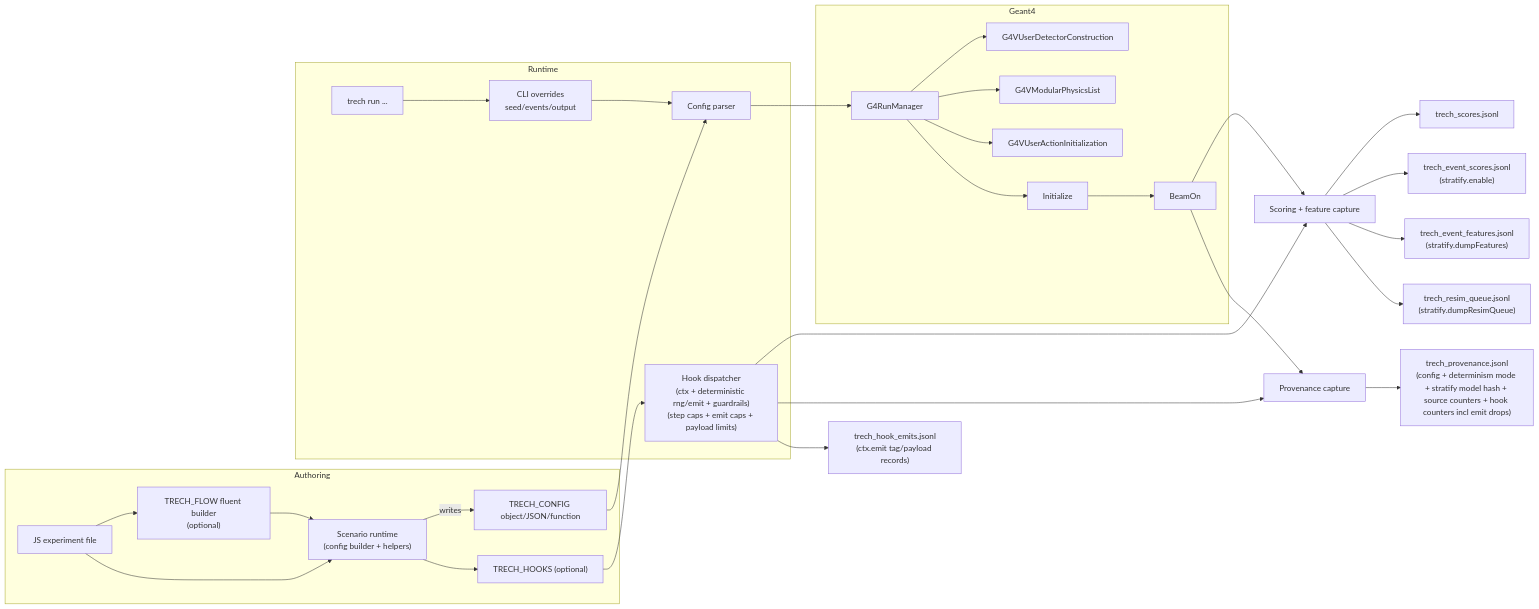
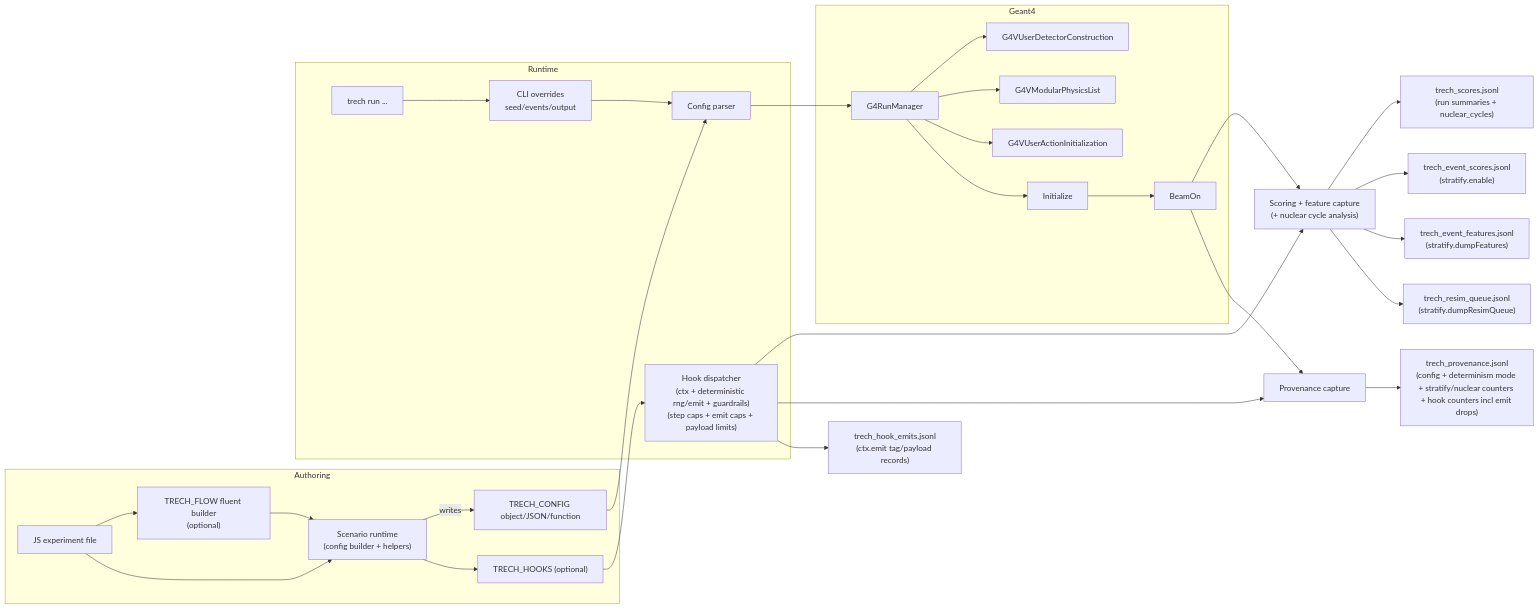
The first of 8 diagrams in CHARTS.md (Geckos-Ink/trech), drawn with Mermaid before and after one commit. The commit also changed other lines of this file and 17 other files, not shown here.

````diff
--- a/CHARTS.md
+++ b/CHARTS.md
@@ -9,34 +9,34 @@
 ```mermaid
 flowchart LR
   subgraph Authoring
     JS["JS experiment file"] --> FLOW["TRECH_FLOW fluent builder\n(optional)"]
     JS --> SCEN["Scenario runtime\n(config builder + helpers)"]
     FLOW --> SCEN
     SCEN -->|writes| CFG["TRECH_CONFIG object/JSON/function"]
     SCEN --> HOOKS["TRECH_HOOKS (optional)"]
   end
   subgraph Runtime
     CLI["trech run ..."] --> OV["CLI overrides\nseed/events/output"]
     CFG --> PARSE["Config parser"]
     OV --> PARSE
     HOOKS --> HOOKDISP["Hook dispatcher\n(ctx + deterministic rng/emit + guardrails)\n(step caps + emit caps + payload limits)"]
   end
   subgraph Geant4
     PARSE --> RM["G4RunManager"]
     RM --> DET["G4VUserDetectorConstruction"]
     RM --> PHY["G4VModularPhysicsList"]
     RM --> ACT["G4VUserActionInitialization"]
     RM --> INIT["Initialize"]
     INIT --> BEAM["BeamOn"]
   end
-  BEAM --> SCORE["Scoring + feature capture"]
+  BEAM --> SCORE["Scoring + feature capture\n(+ nuclear cycle analysis)"]
   BEAM --> PROV["Provenance capture"]
   HOOKDISP --> SCORE
   HOOKDISP --> PROV
-  SCORE --> OUT1["trech_scores.jsonl"]
+  SCORE --> OUT1["trech_scores.jsonl\n(run summaries + nuclear_cycles)"]
   SCORE --> OUT2["trech_event_scores.jsonl\n(stratify.enable)"]
   SCORE --> OUT3["trech_event_features.jsonl\n(stratify.dumpFeatures)"]
   SCORE --> OUT4["trech_resim_queue.jsonl\n(stratify.dumpResimQueue)"]
-  PROV --> OUT5["trech_provenance.jsonl\n(config + determinism mode + stratify model hash + source counters + hook counters incl emit drops)"]
+  PROV --> OUT5["trech_provenance.jsonl\n(config + determinism mode + stratify/nuclear counters + hook counters incl emit drops)"]
   HOOKDISP --> OUT6["trech_hook_emits.jsonl\n(ctx.emit tag/payload records)"]
 ```
````
